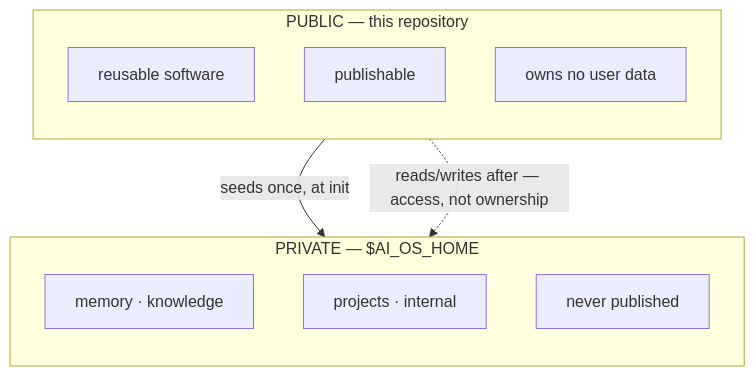
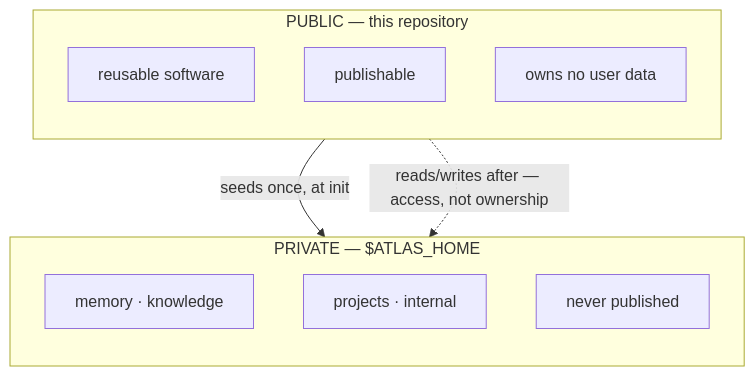
Before and after one commit to amoree-code/atlas: the first of 2 diagrams in README.md, drawn with Mermaid. The commit also changed other lines of this file and 133 other files, not shown here.

````diff
--- a/README.md
+++ b/README.md
@@ -23,17 +31,17 @@
 ```mermaid
 flowchart TB
     subgraph PUB["PUBLIC — this repository"]
         direction TB
         P1["reusable software"]
         P2["publishable"]
         P3["owns no user data"]
     end
-    subgraph PRIV["PRIVATE — $AI_OS_HOME"]
+    subgraph PRIV["PRIVATE — $ATLAS_HOME"]
         direction TB
         R1["memory · knowledge"]
         R2["projects · internal"]
         R3["never published"]
     end
     PUB -->|"seeds once, at init"| PRIV
     PUB -.->|"reads/writes after — access, not ownership"| PRIV
 ```
````
